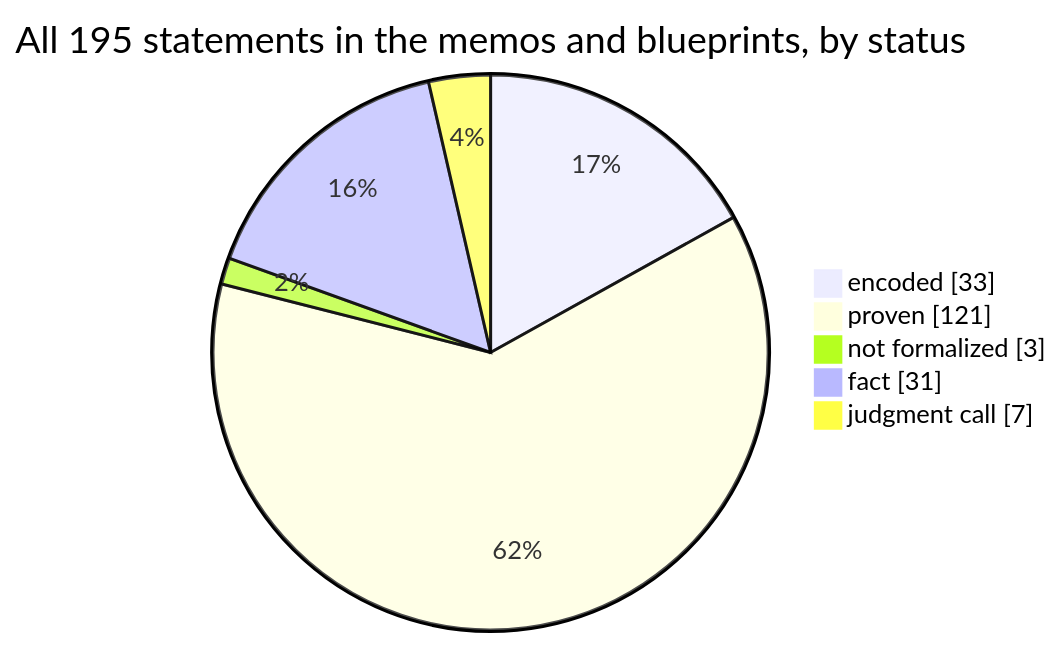
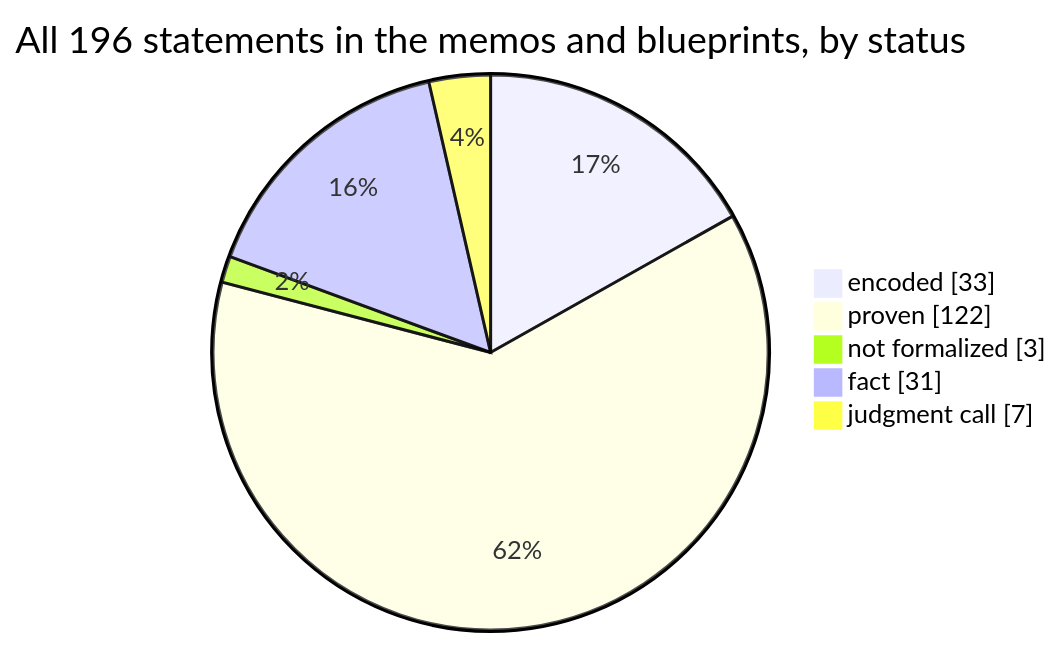
One commit to SeanWMurray/Canteen changed the first of 4 diagrams in docs/graphs/dashboard.md. Above: the diagram before and after it, drawn with Mermaid. The commit also changed other lines of this file and 16 other files, not shown here.

````diff
--- a/docs/graphs/dashboard.md
+++ b/docs/graphs/dashboard.md
@@ -11,8 +11,8 @@
 ```mermaid
-pie showData title All 195 statements in the memos and blueprints, by status
+pie showData title All 196 statements in the memos and blueprints, by status
     "encoded" : 33
-    "proven" : 121
+    "proven" : 122
     "not formalized" : 3
     "fact" : 31
     "judgment call" : 7
 ```
````
